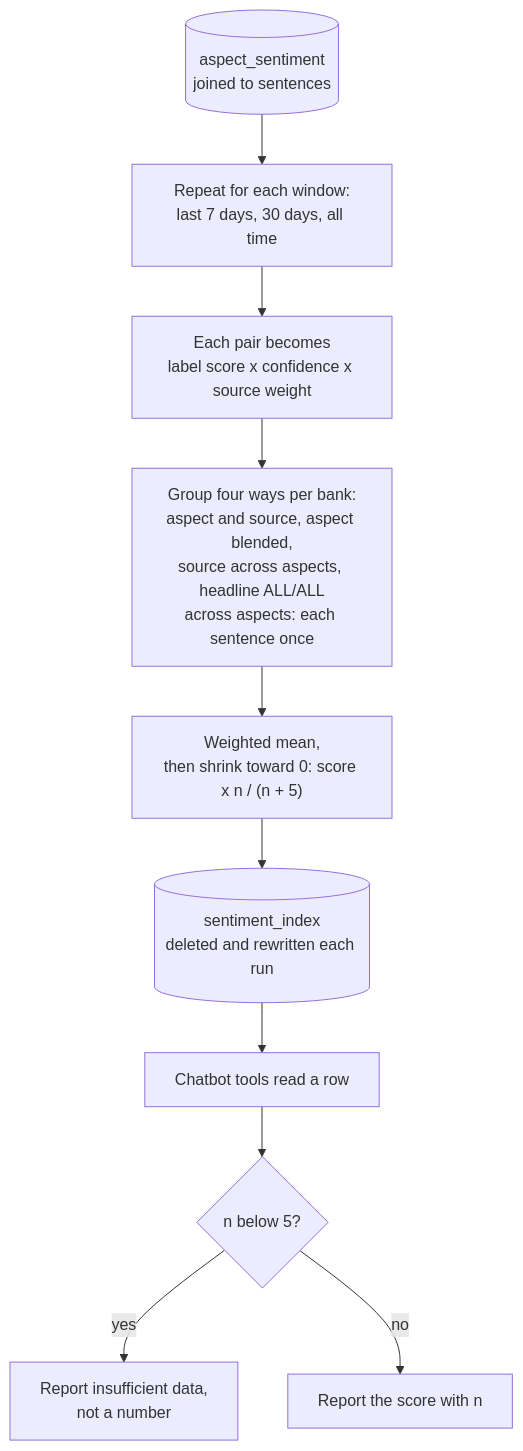
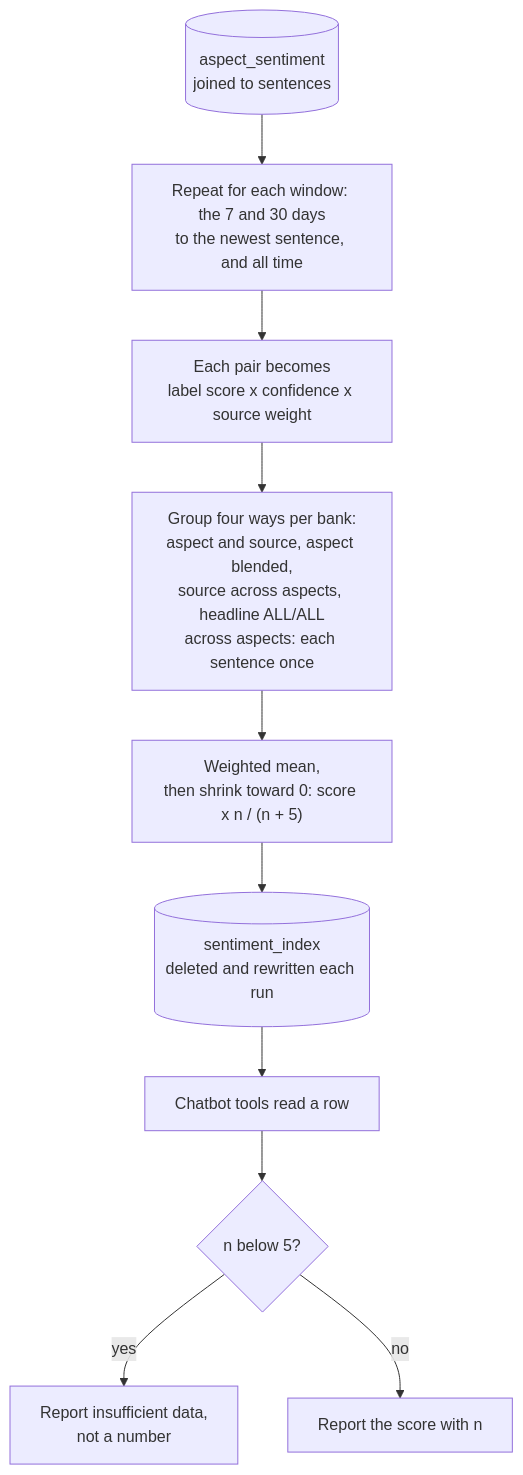
Before and after one commit to Gavingyh/plp-project: the diagram in docs/diagrams/src/12-index-computation.mmd, drawn with Mermaid. The commit also changed 25 other files, not shown here.

First line of the commit message:
Recent windows end at the newest sentence, and the API says which date; docs for the applied re-score

```diff
--- a/docs/diagrams/src/12-index-computation.mmd
+++ b/docs/diagrams/src/12-index-computation.mmd
@@ -1,19 +1,19 @@
 flowchart TB
   accTitle: Sentiment index computation
   accDescr: Every scored pair is read with its bank, source and date, filtered to a window, weighted by source and confidence, grouped four ways (counting each sentence once in the rows that span aspects), summarised with shrinkage toward neutral, and written. A volume floor applies later, when the chatbot reads a score.
 
   rows[("aspect_sentiment<br/>joined to sentences")]
-  win["Repeat for each window:<br/>last 7 days, 30 days, all time"]
+  win["Repeat for each window: the 7 and 30 days<br/>to the newest sentence, and all time"]
   item["Each pair becomes<br/>label score x confidence x source weight"]
   grp["Group four ways per bank:<br/>aspect and source, aspect blended,<br/>source across aspects, headline ALL/ALL<br/>across aspects: each sentence once"]
   sum["Weighted mean,<br/>then shrink toward 0: score x n / (n + 5)"]
   out[("sentiment_index<br/>deleted and rewritten each run")]
   read["Chatbot tools read a row"]
   floor{"n below 5?"}
   thin["Report insufficient data,<br/>not a number"]
   show["Report the score with n"]
 
   rows --> win --> item --> grp --> sum --> out
   out --> read --> floor
   floor -- yes --> thin
   floor -- no --> show
```
